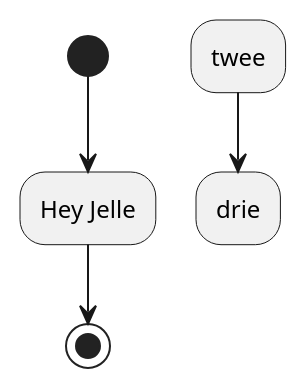
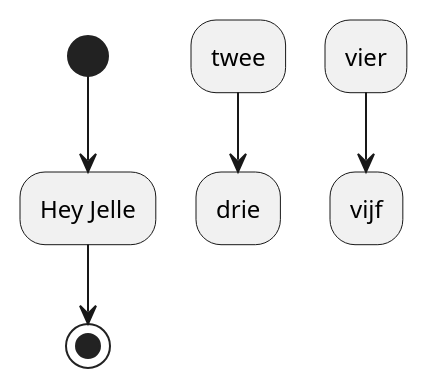
One commit to bri1990/docs changed the diagram in interest_organization.activity.puml. Above: the diagram before and after it, drawn with PlantUML.

```diff
--- a/interest_organization.activity.puml
+++ b/interest_organization.activity.puml
@@ -1,8 +1,9 @@
 @startuml
 
 (*) --> "Hey Jelle"
 "Hey Jelle" --> (*)
 
 "twee" --> "drie"
+"vier" --> "vijf"
 
 @enduml
```
